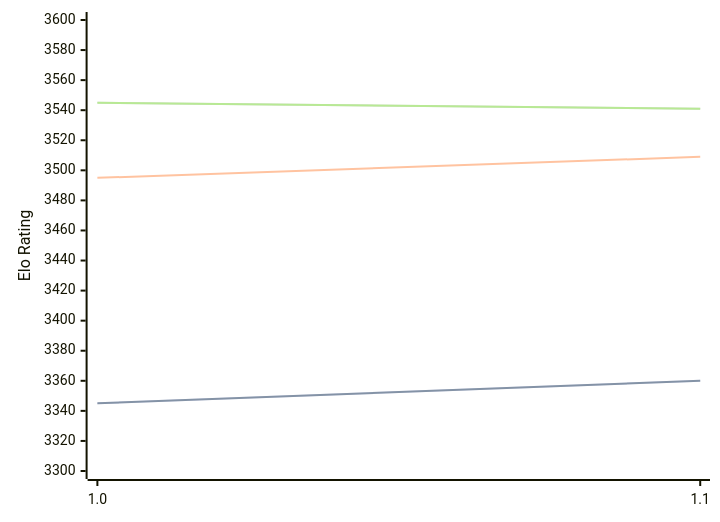
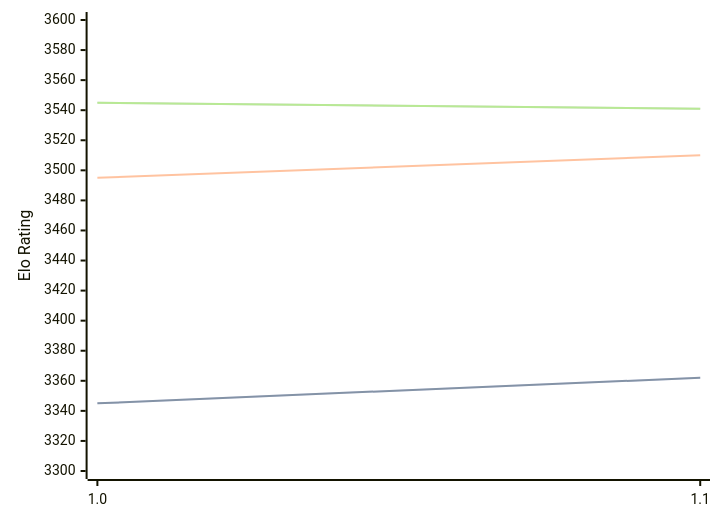
The diagram in engines/Horsie.md (computer-chess-index/cci), drawn with Mermaid before and after one commit. The commit also changed other lines of this file, not shown here.

````diff
--- a/engines/Horsie.md
+++ b/engines/Horsie.md
@@ -32,11 +32,11 @@
 ```mermaid
 %%{init: {"theme":"base","themeVariables":{"seriesColors:['#a3a3a3','#222221','#faa371']}}}%%
 xychart-beta
   x-axis ["1.0", "1.1"]
   y-axis "Elo Rating" 3300 --> 3600
-  line "" [3345, 3360]
-  line "STC (8.0+0.08s)" [3345, 3360]
-  line "LTC (60.0+0.60s)" [3495, 3509]
+  line "" [3345, 3362]
+  line "STC (8.0+0.08s)" [3345, 3362]
+  line "LTC (60.0+0.60s)" [3495, 3510]
   line "" [3545, 3541]
   line "VLTC (2m24s+1.12s)" [3545, 3541]
 ```
````
